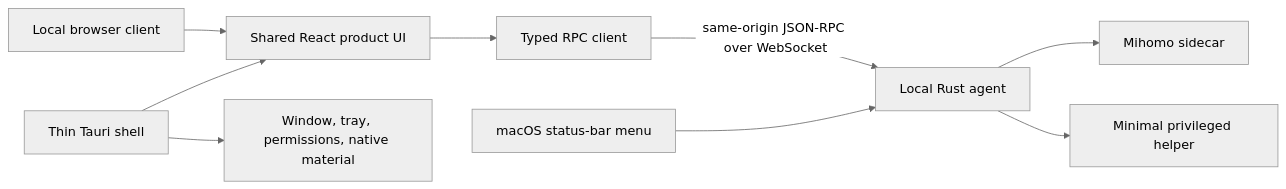
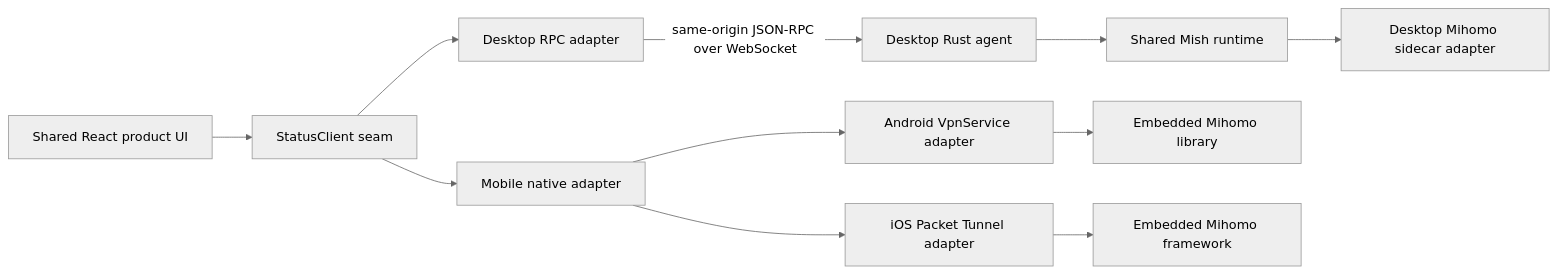
Before and after one commit to Asuka109/mish: the diagram in docs/architecture/frontend-platform-boundary.md, drawn with Mermaid (neutral theme). The commit also changed other lines of this file and 18 other files, not shown here.

First line of the commit message:
refactor(runtime): extract transport-neutral core runtime

````diff
--- a/docs/architecture/frontend-platform-boundary.md
+++ b/docs/architecture/frontend-platform-boundary.md
@@ -10,11 +10,13 @@
 ```mermaid
 flowchart LR
-  UI["Shared React product UI"] --> Client["Typed RPC client"]
-  Tray["macOS status-bar menu"] --> Agent["Local Rust agent"]
-  Client -->|"same-origin JSON-RPC over WebSocket"| Agent
-  Agent --> Core["Mihomo sidecar"]
-  Agent --> Helper["Minimal privileged helper"]
-  Tauri["Thin Tauri shell"] --> UI
-  Tauri --> Capabilities["Window, tray, permissions, native material"]
-  Browser["Local browser client"] --> UI
+  UI["Shared React product UI"] --> StatusClient["StatusClient seam"]
+  StatusClient --> DesktopRpc["Desktop RPC adapter"]
+  StatusClient --> Mobile["Mobile native adapter"]
+  DesktopRpc -->|"same-origin JSON-RPC over WebSocket"| DesktopAgent["Desktop Rust agent"]
+  DesktopAgent --> Runtime["Shared Mish runtime"]
+  Runtime --> Sidecar["Desktop Mihomo sidecar adapter"]
+  Mobile --> Android["Android VpnService adapter"]
+  Mobile --> IOS["iOS Packet Tunnel adapter"]
+  Android --> AndroidCore["Embedded Mihomo library"]
+  IOS --> IOSCore["Embedded Mihomo framework"]
 ```
````
